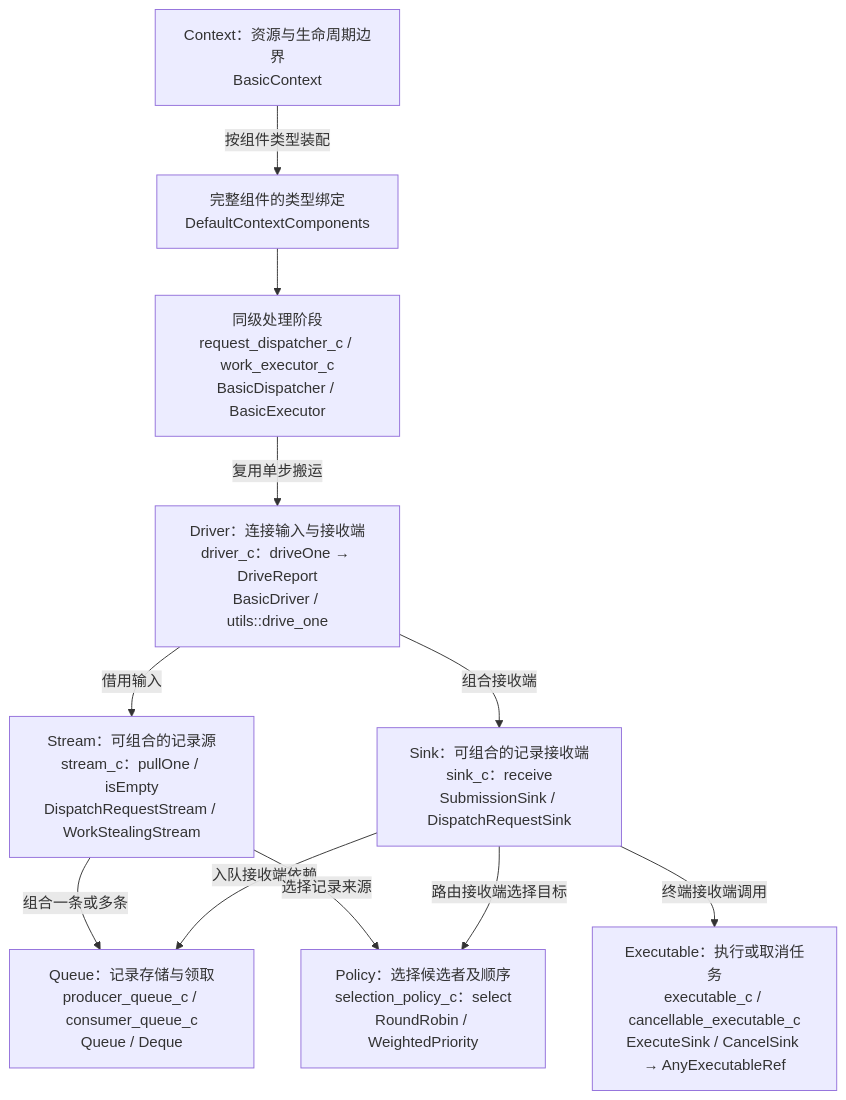
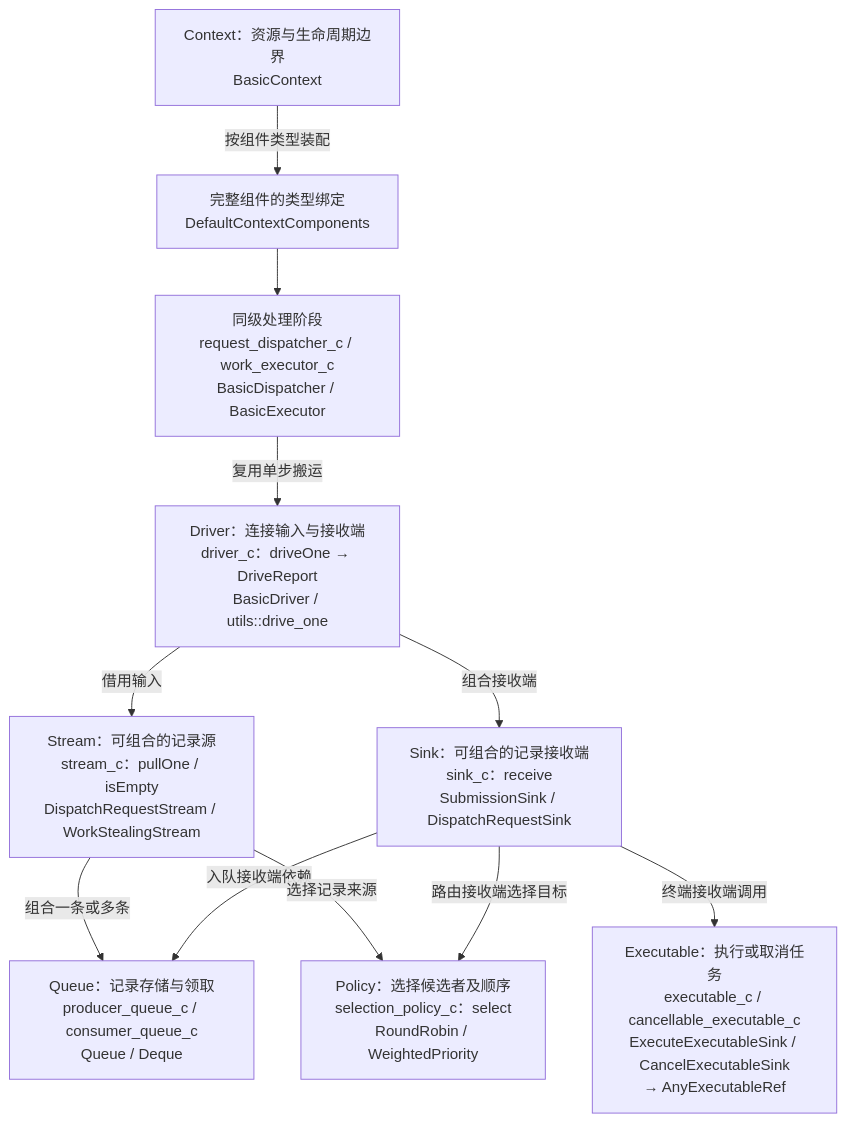
One commit to mmmmmcree/async changed the first of 7 diagrams in CORE_ARCHITECTURE.md. Above: the diagram before and after it, drawn with Mermaid. The commit also changed other lines of this file and 20 other files, not shown here.

````diff
--- a/CORE_ARCHITECTURE.md
+++ b/CORE_ARCHITECTURE.md
@@ -7,14 +7,14 @@
 ```mermaid
 flowchart TB
     context["Context：资源与生命周期边界<br/>BasicContext"]
     context -->|按组件类型装配| components["完整组件的类型绑定<br/>DefaultContextComponents"]
     components --> stages["同级处理阶段<br/>request_dispatcher_c / work_executor_c<br/>BasicDispatcher / BasicExecutor"]
     stages -->|复用单步搬运| driver["Driver：连接输入与接收端<br/>driver_c：driveOne → DriveReport<br/>BasicDriver / utils::drive_one"]
     driver -->|借用输入| stream["Stream：可组合的记录源<br/>stream_c：pullOne / isEmpty<br/>DispatchRequestStream / WorkStealingStream"]
     driver -->|组合接收端| sink["Sink：可组合的记录接收端<br/>sink_c：receive<br/>SubmissionSink / DispatchRequestSink"]
     stream -->|组合一条或多条| queue["Queue：记录存储与领取<br/>producer_queue_c / consumer_queue_c<br/>Queue / Deque"]
     sink -->|入队接收端依赖| queue
     stream -->|选择记录来源| policy["Policy：选择候选者及顺序<br/>selection_policy_c：select<br/>RoundRobin / WeightedPriority"]
     sink -->|路由接收端选择目标| policy
-    sink -->|终端接收端调用| executable["Executable：执行或取消任务<br/>executable_c / cancellable_executable_c<br/>ExecuteSink / CancelSink → AnyExecutableRef"]
+    sink -->|终端接收端调用| executable["Executable：执行或取消任务<br/>executable_c / cancellable_executable_c<br/>ExecuteExecutableSink / CancelExecutableSink<br/>→ AnyExecutableRef"]
 ```
````
